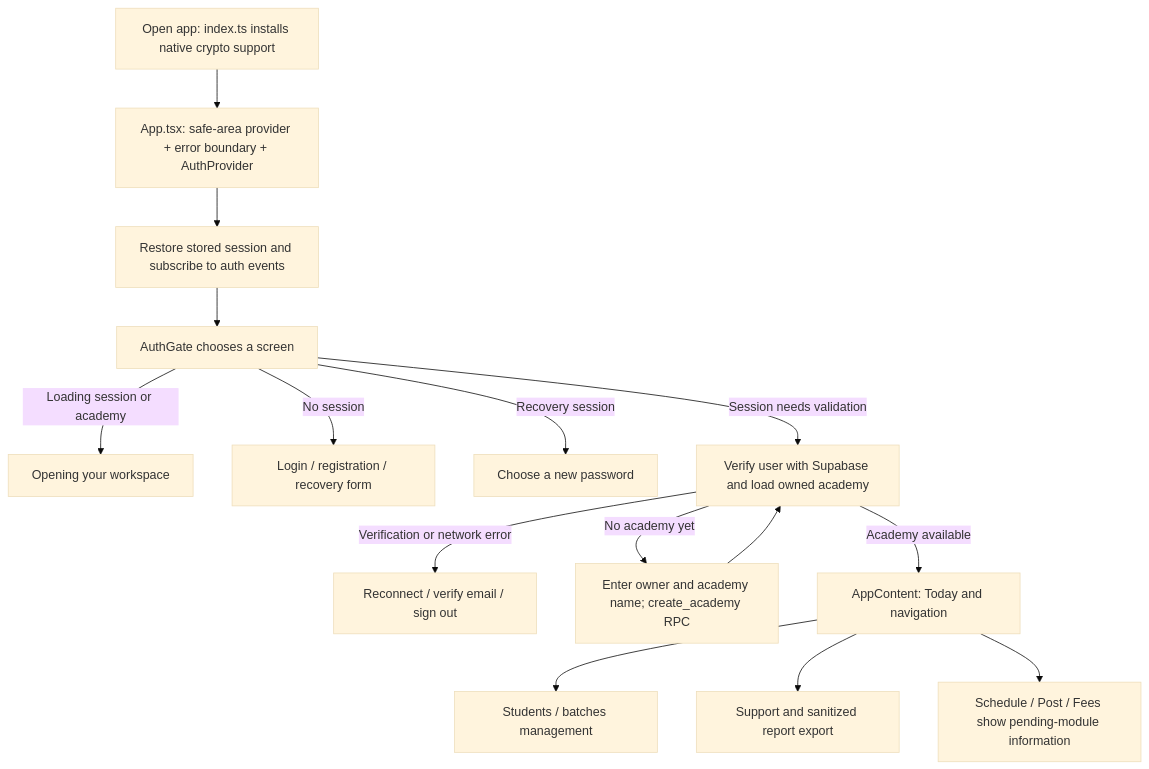
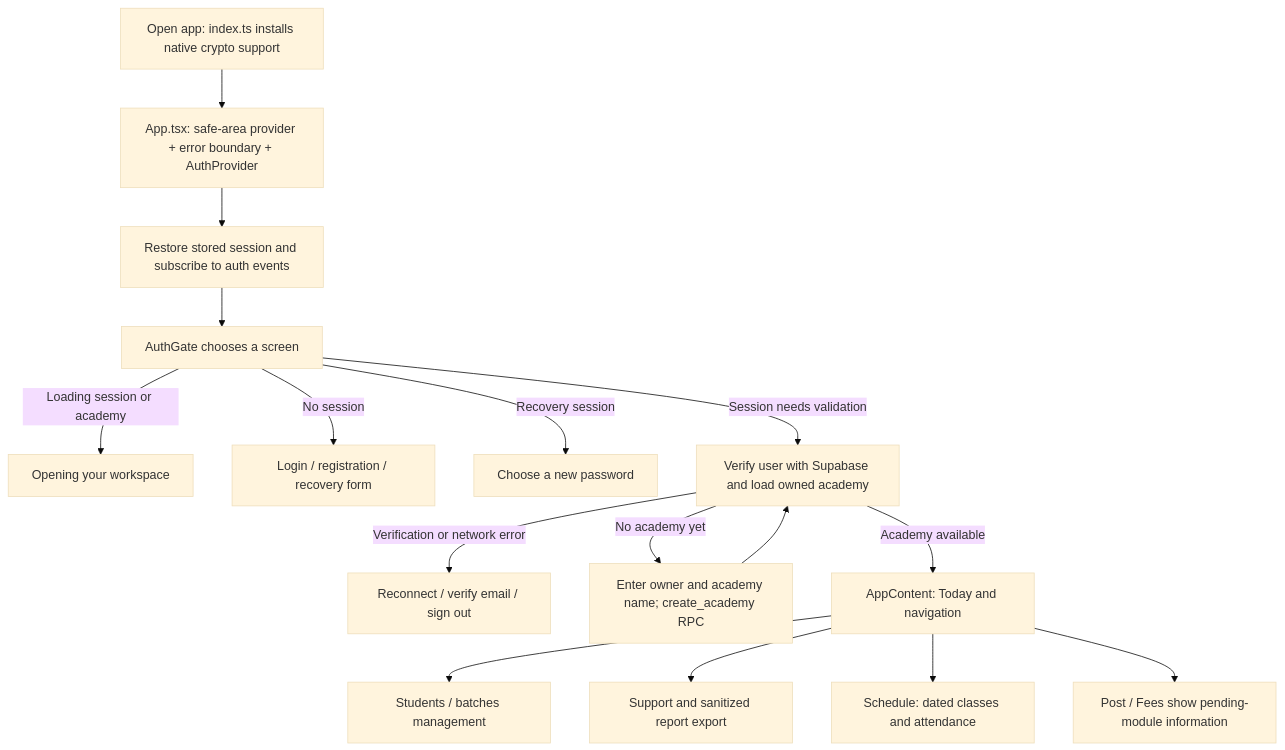
One commit to appsworld2027/Parent-plus- changed the second of 8 diagrams in docs/ARCHITECTURE.md. Above: the diagram before and after it, drawn with Mermaid (base theme). The commit also changed other lines of this file and 34 other files, not shown here.

Commit message:
Build classes and attendance with scoped device drafts and persistent diagnostics

````diff
--- a/docs/ARCHITECTURE.md
+++ b/docs/ARCHITECTURE.md
@@ -50,17 +50,18 @@
 ```mermaid
 flowchart TD
     Start["Open app: index.ts installs native crypto support"] --> Root["App.tsx: safe-area provider + error boundary + AuthProvider"]
     Root --> Session["Restore stored session and subscribe to auth events"]
     Session --> Gate["AuthGate chooses a screen"]
     Gate -->|"Loading session or academy"| Loading["Opening your workspace"]
     Gate -->|"No session"| Login["Login / registration / recovery form"]
     Gate -->|"Recovery session"| Password["Choose a new password"]
     Gate -->|"Session needs validation"| User["Verify user with Supabase and load owned academy"]
     User -->|"Verification or network error"| Retry["Reconnect / verify email / sign out"]
     User -->|"No academy yet"| Setup["Enter owner and academy name; create_academy RPC"]
     Setup --> User
     User -->|"Academy available"| Home["AppContent: Today and navigation"]
     Home --> Students["Students / batches management"]
     Home --> Support["Support and sanitized report export"]
-    Home --> Later["Schedule / Post / Fees show pending-module information"]
+    Home --> Classes["Schedule: dated classes and attendance"]
+    Home --> Later["Post / Fees show pending-module information"]
 ```
````
